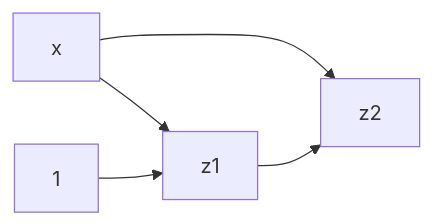
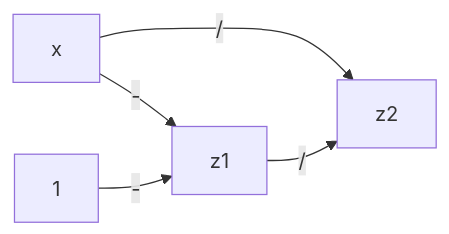
One commit to SuperSamus/appunti-universitari changed the first of 6 diagrams in trash/Calcolo numerico/Esercizi errore.md. Above: the diagram before and after it, drawn with Mermaid. The commit also changed other lines of this file, not shown here.

````diff
--- a/trash/Calcolo numerico/Esercizi errore.md
+++ b/trash/Calcolo numerico/Esercizi errore.md
@@ -3,7 +3,7 @@
 ```mermaid
 flowchart LR
-x --> z1
-1 --> z1
-x --> z2
-z1 --> z2
+x -- - --> z1
+1 -- - --> z1
+x -- / --> z2
+z1 -- / --> z2
 ```
````
